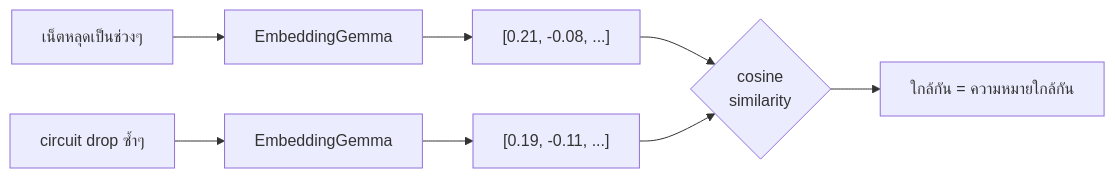
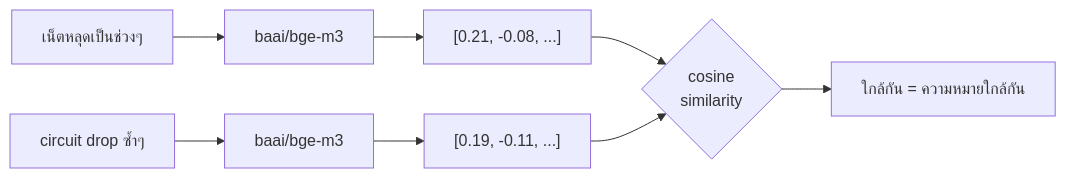
Before and after one commit to LLM-CE-KMITL/mcp-workshop: the third of 3 diagrams in instructions/day1/01-module1-tokenomics-embeddings.md, drawn with Mermaid. The commit also changed other lines of this file and 43 other files, not shown here.

````diff
--- a/instructions/day1/01-module1-tokenomics-embeddings.md
+++ b/instructions/day1/01-module1-tokenomics-embeddings.md
@@ -102,8 +102,8 @@
 ```mermaid
 flowchart LR
-    Q["เน็ตหลุดเป็นช่วงๆ"] --> E["EmbeddingGemma"] --> VQ["[0.21, -0.08, ...]"]
-    D["circuit drop ซ้ำๆ"] --> E2["EmbeddingGemma"] --> VD["[0.19, -0.11, ...]"]
+    Q["เน็ตหลุดเป็นช่วงๆ"] --> E["baai/bge-m3"] --> VQ["[0.21, -0.08, ...]"]
+    D["circuit drop ซ้ำๆ"] --> E2["baai/bge-m3"] --> VD["[0.19, -0.11, ...]"]
     VQ --> S{"cosine<br/>similarity"}
     VD --> S
     S --> R["ใกล้กัน = ความหมายใกล้กัน"]
 ```
````
